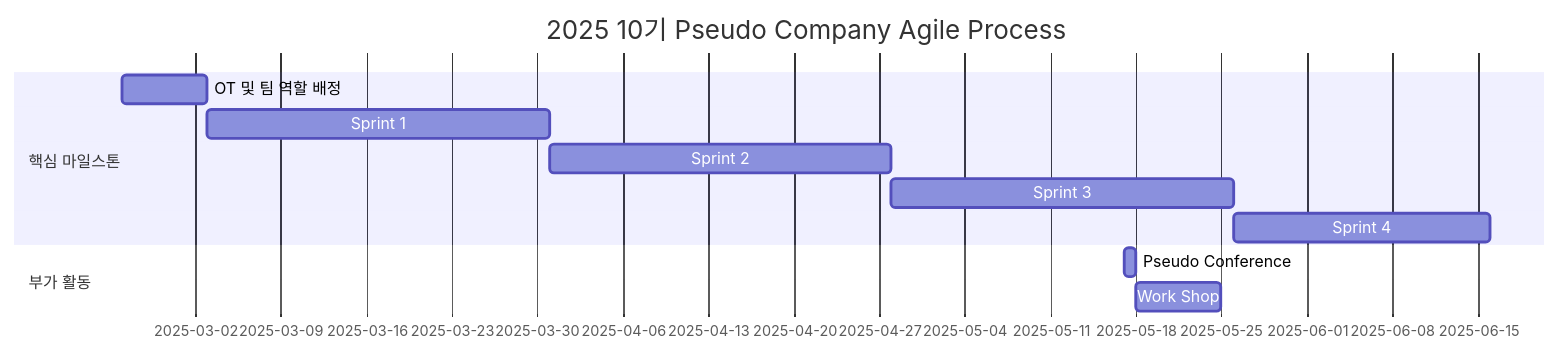
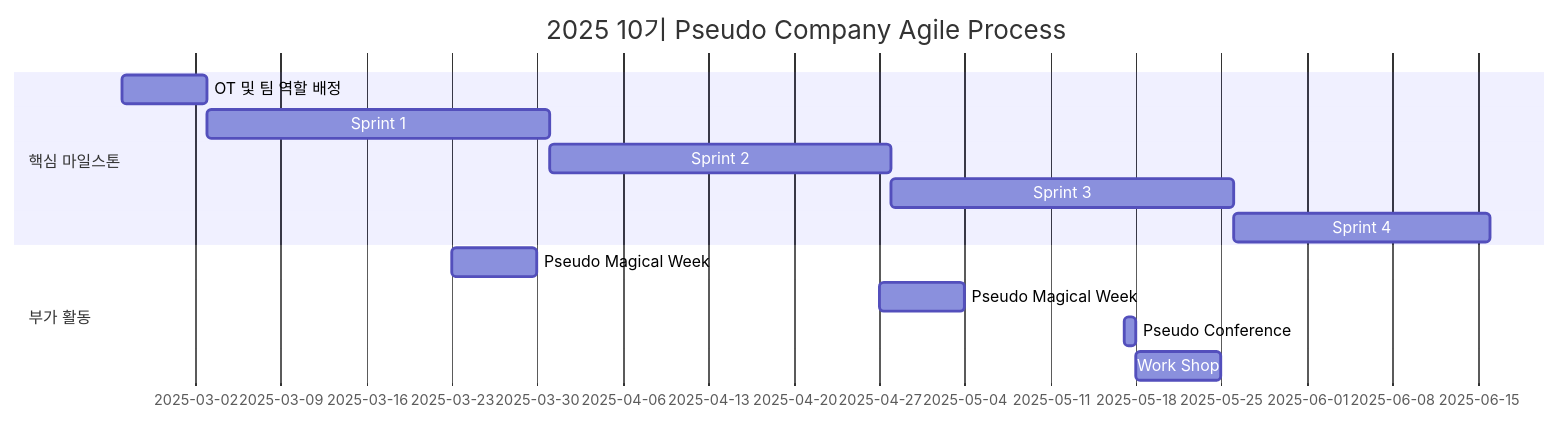
The diagram in README.md (Pseudo-Lab/Proact0), drawn with Mermaid before and after one commit. The commit also changed other lines of this file, not shown here.

````diff
--- a/README.md
+++ b/README.md
@@ -85,13 +85,15 @@
 ```mermaid
 gantt
     title 2025 10기 Pseudo Company Agile Process
     section 핵심 마일스톤 
     OT 및 팀 역할 배정        :a1, 2025-02-24, 7d
     Sprint 1                  :a2, after a1, 28d
     Sprint 2                  :a3, after a2, 28d
     Sprint 3                  :a4, after a3, 28d
     Sprint 4                  :a5, after a4, 21d
     section 부가 활동
-    Pseudo Conference         :b1, 2025-05-17, 1d
-    Work Shop                 :b2, after b1, 7d
+    Pseudo Magical Week       :b1, 2025-03-23, 7d
+    Pseudo Magical Week       :b2, 2025-04-27, 7d
+    Pseudo Conference         :b3, 2025-05-17, 1d
+    Work Shop                 :b4, after b3, 7d
 ```
````
